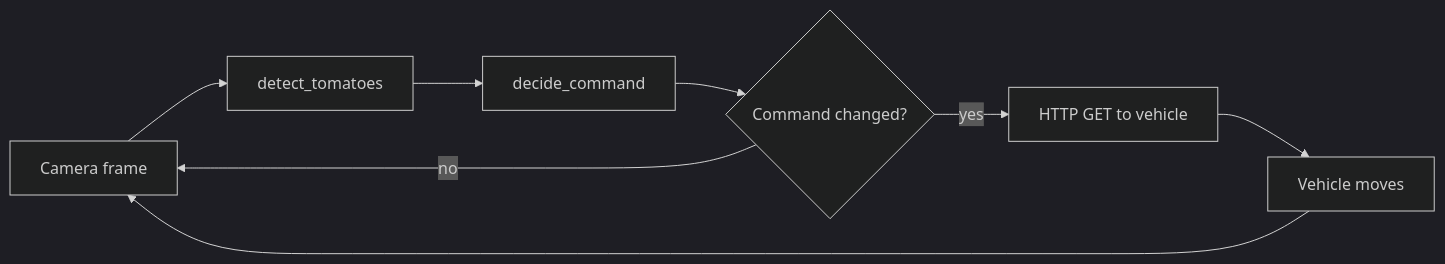
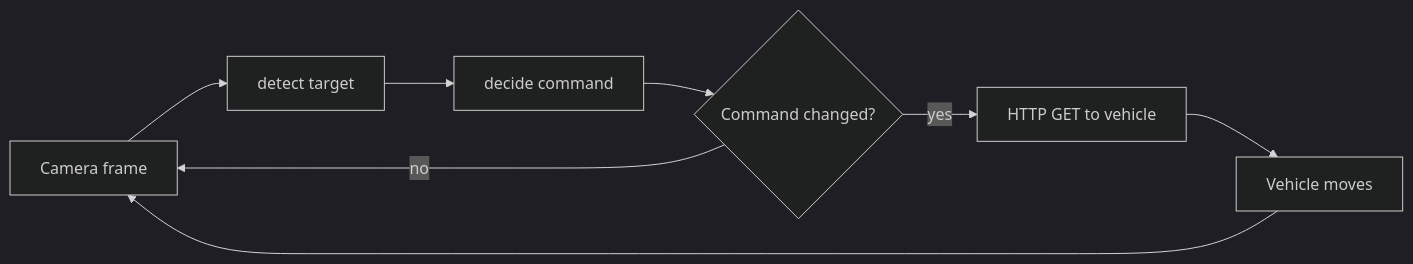
One commit to Mula8641/harvesting-robotic-vehicle changed the diagram in README.md. Above: the diagram before and after it, drawn with Mermaid (dark theme). The commit also changed other lines of this file and 23 other files, not shown here.

````diff
--- a/README.md
+++ b/README.md
@@ -31,10 +19,10 @@
 ```mermaid
 flowchart LR
-    A[Camera frame] --> B[detect_tomatoes]
-    B --> C[decide_command]
+    A[Camera frame] --> B[detect target]
+    B --> C[decide command]
     C --> D{Command changed?}
     D -- yes --> E[HTTP GET to vehicle]
     D -- no --> A
     E --> F[Vehicle moves]
     F --> A
 ```
````
